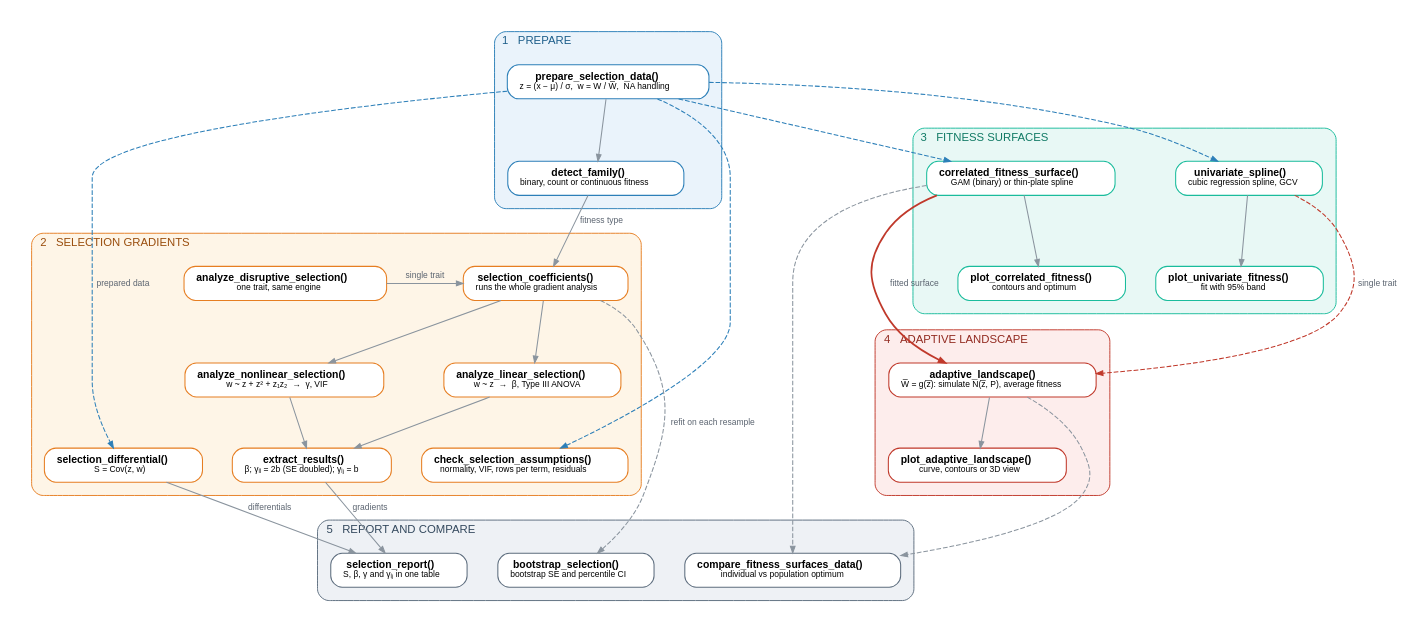
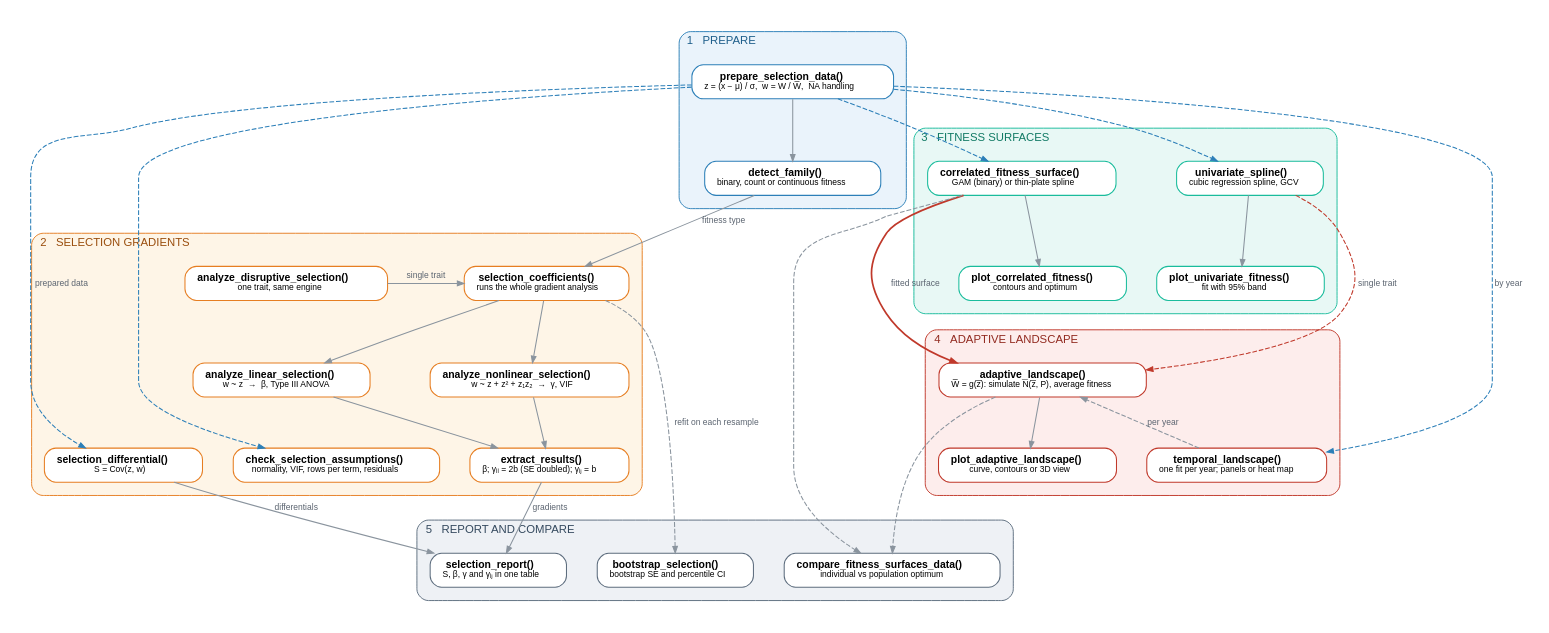
The diagram in analysis/workflow.dot (Human-Augment-Analytics/Lande), drawn with Graphviz before and after one commit. The commit also changed 2 other files, not shown here.

```diff
--- a/analysis/workflow.dot
+++ b/analysis/workflow.dot
@@ -1,101 +1,105 @@
 digraph workflow {
 
   graph [layout = dot, rankdir = TB, newrank = true, compound = true,
          nodesep = 0.45, ranksep = 0.6, pad = 0.25,
          fontname = "Helvetica", fontsize = 12]
   node  [shape = box, style = "rounded,filled", fillcolor = white, color = "#7A8590",
          fontname = "Helvetica", fontsize = 11, margin = "0.18,0.10", penwidth = 1.1]
   edge  [fontname = "Helvetica", fontsize = 9, fontcolor = "#5B6470",
          color = "#8A949E", arrowsize = 0.7, penwidth = 1.1]
 
   subgraph cluster_data {
     label = "1   PREPARE"
     style = "rounded,filled"; fillcolor = "#EAF3FB"; color = "#2C7FB8"; fontcolor = "#1F5F8B"
     labeljust = "l"; margin = 14
     node [color = "#2C7FB8"]
     prep   [label = <<B>prepare_selection_data()</B><BR/><FONT POINT-SIZE="9.5">z = (x &#8722; &#956;) / &#963;,&nbsp;&nbsp;w = W / W&#773;,&nbsp;&nbsp;NA handling</FONT>>]
     detect [label = <<B>detect_family()</B><BR/><FONT POINT-SIZE="9.5">binary, count or continuous fitness</FONT>>]
   }
 
   subgraph cluster_grad {
     label = "2   SELECTION GRADIENTS"
     style = "rounded,filled"; fillcolor = "#FEF5E7"; color = "#E67E22"; fontcolor = "#9A4E0E"
     labeljust = "l"; margin = 14
     node [color = "#E67E22"]
     disrupt   [label = <<B>analyze_disruptive_selection()</B><BR/><FONT POINT-SIZE="9.5">one trait, same engine</FONT>>]
     coeff     [label = <<B>selection_coefficients()</B><BR/><FONT POINT-SIZE="9.5">runs the whole gradient analysis</FONT>>]
     linear    [label = <<B>analyze_linear_selection()</B><BR/><FONT POINT-SIZE="9.5">w ~ z&nbsp;&nbsp;&#8594;&nbsp;&nbsp;&#946;,&nbsp;Type III ANOVA</FONT>>]
     nonlinear [label = <<B>analyze_nonlinear_selection()</B><BR/><FONT POINT-SIZE="9.5">w ~ z + z&#178; + z&#8321;z&#8322;&nbsp;&nbsp;&#8594;&nbsp;&nbsp;&#947;,&nbsp;VIF</FONT>>]
     extract   [label = <<B>extract_results()</B><BR/><FONT POINT-SIZE="9.5">&#946;;&nbsp;&#947;&#7522;&#7522; = 2b (SE doubled);&nbsp;&#947;&#7522;&#11388; = b</FONT>>]
     diff      [label = <<B>selection_differential()</B><BR/><FONT POINT-SIZE="9.5">S = Cov(z, w)</FONT>>]
     check     [label = <<B>check_selection_assumptions()</B><BR/><FONT POINT-SIZE="9.5">normality, VIF, rows per term, residuals</FONT>>]
   }
 
   subgraph cluster_surface {
     label = "3   FITNESS SURFACES"
     style = "rounded,filled"; fillcolor = "#E8F8F5"; color = "#1ABC9C"; fontcolor = "#117A65"
     labeljust = "l"; margin = 14
     node [color = "#1ABC9C"]
     uni       [label = <<B>univariate_spline()</B><BR/><FONT POINT-SIZE="9.5">cubic regression spline, GCV</FONT>>]
     corr      [label = <<B>correlated_fitness_surface()</B><BR/><FONT POINT-SIZE="9.5">GAM (binary) or thin-plate spline</FONT>>]
     uni_plot  [label = <<B>plot_univariate_fitness()</B><BR/><FONT POINT-SIZE="9.5">fit with 95% band</FONT>>]
     corr_plot [label = <<B>plot_correlated_fitness()</B><BR/><FONT POINT-SIZE="9.5">contours and optimum</FONT>>]
   }
 
   subgraph cluster_land {
     label = "4   ADAPTIVE LANDSCAPE"
     style = "rounded,filled"; fillcolor = "#FDEDEC"; color = "#C0392B"; fontcolor = "#922B21"
     labeljust = "l"; margin = 14
     node [color = "#C0392B"]
     adapt      [label = <<B>adaptive_landscape()</B><BR/><FONT POINT-SIZE="9.5">W&#773; = g(z&#773;): simulate N(z&#773;, P), average fitness</FONT>>]
     adapt_plot [label = <<B>plot_adaptive_landscape()</B><BR/><FONT POINT-SIZE="9.5">curve, contours or 3D view</FONT>>]
+    temporal   [label = <<B>temporal_landscape()</B><BR/><FONT POINT-SIZE="9.5">one fit per year; panels or heat map</FONT>>]
   }
 
   subgraph cluster_out {
     label = "5   REPORT AND COMPARE"
     style = "rounded,filled"; fillcolor = "#EEF1F5"; color = "#5D6D7E"; fontcolor = "#34495E"
     labeljust = "l"; margin = 14
     node [color = "#5D6D7E"]
     report  [label = <<B>selection_report()</B><BR/><FONT POINT-SIZE="9.5">S, &#946;, &#947; and &#947;&#7522;&#11388; in one table</FONT>>]
     boot    [label = <<B>bootstrap_selection()</B><BR/><FONT POINT-SIZE="9.5">bootstrap SE and percentile CI</FONT>>]
     compare [label = <<B>compare_fitness_surfaces_data()</B><BR/><FONT POINT-SIZE="9.5">individual vs population optimum</FONT>>]
   }
 
   # main path
   prep -> detect
   detect -> coeff [label = "fitness type"]
   disrupt -> coeff [label = "single trait"]
   coeff -> linear
   coeff -> nonlinear
   linear -> extract
   nonlinear -> extract
   extract -> report [label = "gradients"]
   diff -> report [label = "differentials"]
   coeff -> boot [label = "refit on each resample", style = dashed]
 
   # prepared data feeds the differential and the surfaces
   prep -> diff [color = "#2C7FB8", style = dashed, label = "prepared data"]
   prep -> check [color = "#2C7FB8", style = dashed]
   prep -> uni  [color = "#2C7FB8", style = dashed]
   prep -> corr [color = "#2C7FB8", style = dashed]
 
   # surfaces and landscape
   uni -> uni_plot
   corr -> corr_plot
   corr -> adapt [label = "fitted surface", color = "#C0392B", penwidth = 1.8]
   uni -> adapt [label = "single trait", color = "#C0392B", style = dashed]
   adapt -> adapt_plot
+  prep -> temporal [color = "#2C7FB8", style = dashed, label = "by year"]
+  temporal -> adapt [style = dashed, label = "per year"]
   corr -> compare [style = dashed]
   adapt -> compare [style = dashed]
 
   # layout hints: prepare on top, gradients under it, surfaces to the right,
   # landscape under the surfaces, outputs on one row
   { rank = same; detect; uni; corr }
   detect -> uni -> corr [style = invis]
   { rank = same; disrupt; coeff }
   { rank = same; linear; nonlinear }
   linear -> nonlinear [style = invis]
   corr_plot -> adapt [style = invis]
   { rank = same; extract; diff; check }
+  { rank = same; adapt_plot; temporal }
   { rank = same; report; boot; compare }
 }
```
